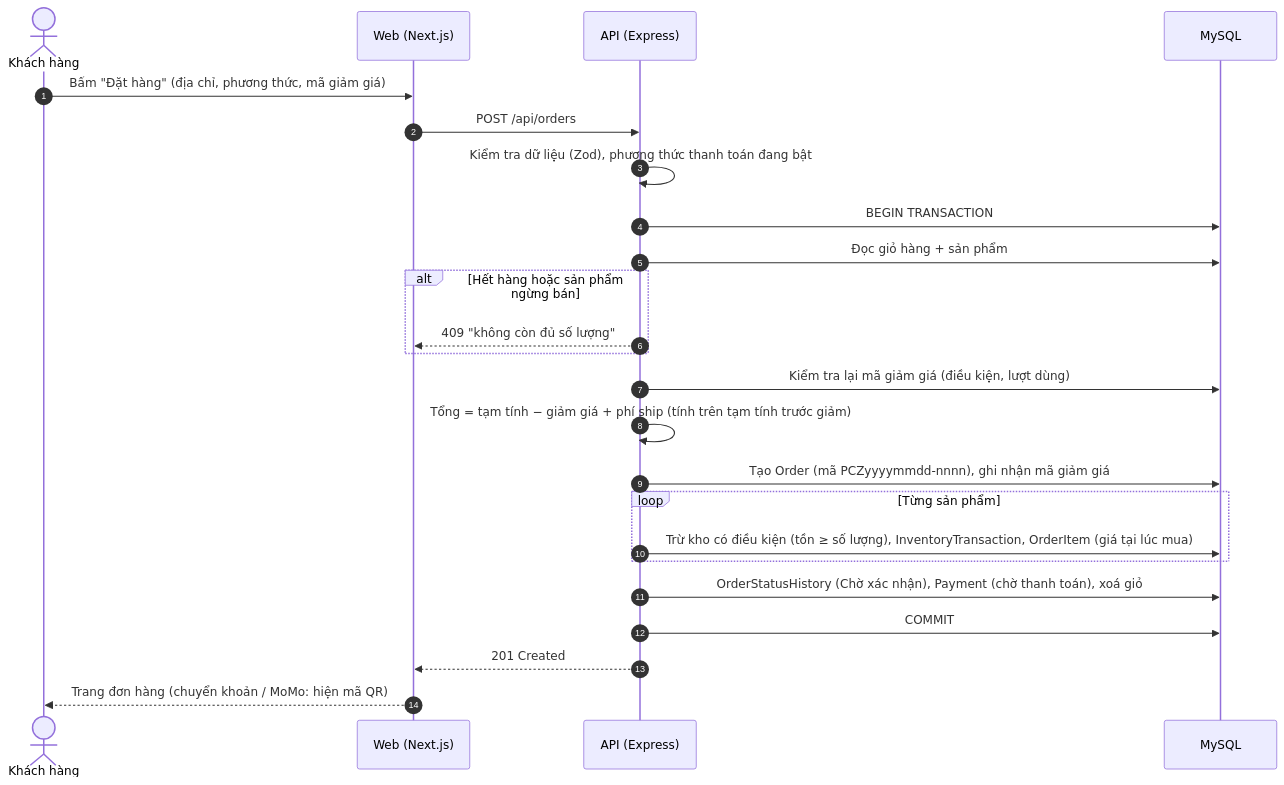
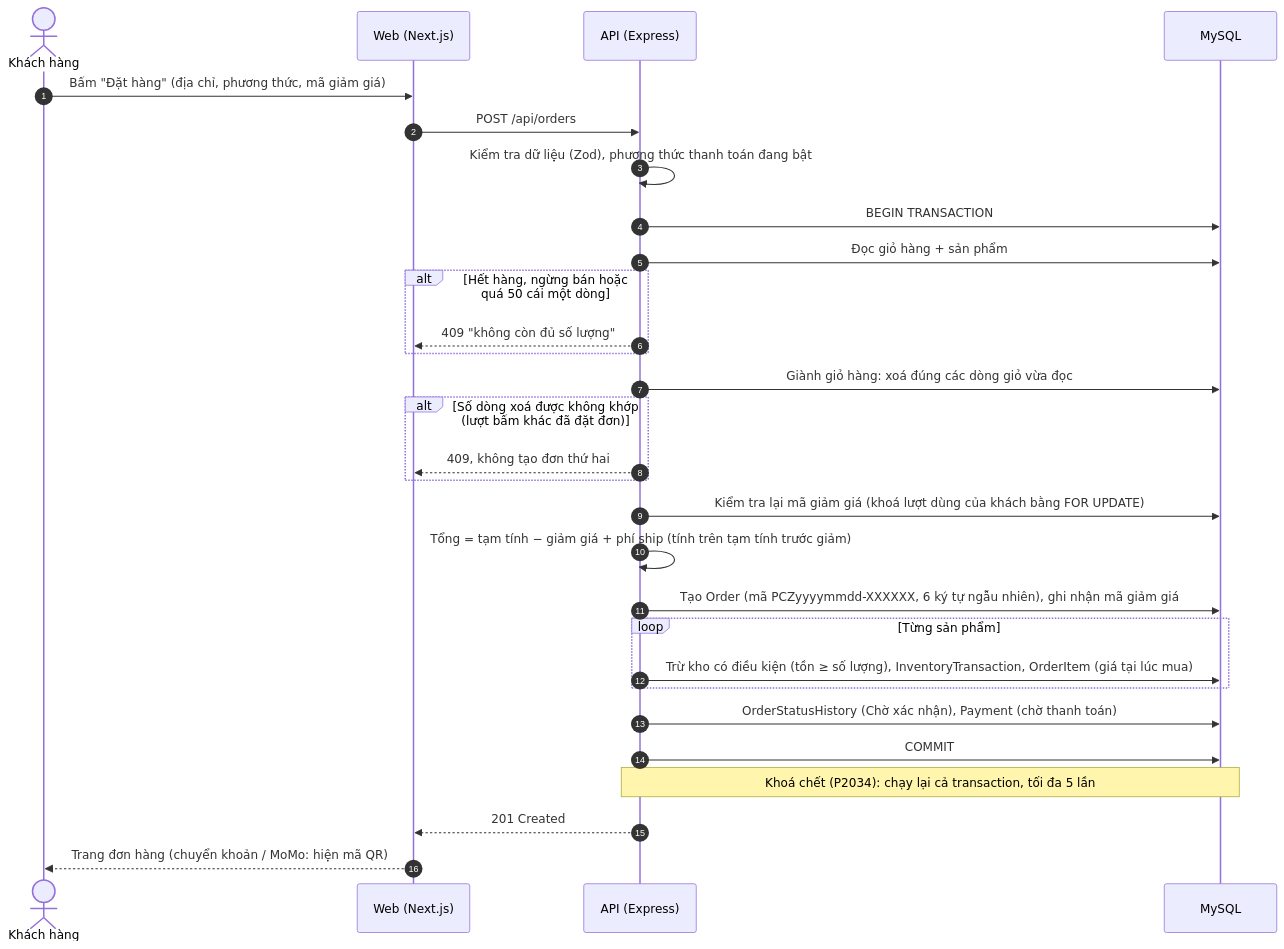
One commit to khanhdat1/Do_An changed the diagram in docs/bao-ve/so-do/tuan-tu-dat-hang.mmd. Above: the diagram before and after it, drawn with Mermaid. The commit also changed 16 other files, not shown here.

```diff
--- a/docs/bao-ve/so-do/tuan-tu-dat-hang.mmd
+++ b/docs/bao-ve/so-do/tuan-tu-dat-hang.mmd
@@ -1,24 +1,29 @@
 sequenceDiagram
   autonumber
   actor KH as Khách hàng
   participant W as Web (Next.js)
   participant A as API (Express)
   participant DB as MySQL
   KH->>W: Bấm "Đặt hàng" (địa chỉ, phương thức, mã giảm giá)
   W->>A: POST /api/orders
   A->>A: Kiểm tra dữ liệu (Zod), phương thức thanh toán đang bật
   A->>DB: BEGIN TRANSACTION
   A->>DB: Đọc giỏ hàng + sản phẩm
-  alt Hết hàng hoặc sản phẩm ngừng bán
+  alt Hết hàng, ngừng bán hoặc quá 50 cái một dòng
     A-->>W: 409 "không còn đủ số lượng"
   end
-  A->>DB: Kiểm tra lại mã giảm giá (điều kiện, lượt dùng)
+  A->>DB: Giành giỏ hàng: xoá đúng các dòng giỏ vừa đọc
+  alt Số dòng xoá được không khớp (lượt bấm khác đã đặt đơn)
+    A-->>W: 409, không tạo đơn thứ hai
+  end
+  A->>DB: Kiểm tra lại mã giảm giá (khoá lượt dùng của khách bằng FOR UPDATE)
   A->>A: Tổng = tạm tính − giảm giá + phí ship (tính trên tạm tính trước giảm)
-  A->>DB: Tạo Order (mã PCZyyyymmdd-nnnn), ghi nhận mã giảm giá
+  A->>DB: Tạo Order (mã PCZyyyymmdd-XXXXXX, 6 ký tự ngẫu nhiên), ghi nhận mã giảm giá
   loop Từng sản phẩm
     A->>DB: Trừ kho có điều kiện (tồn ≥ số lượng), InventoryTransaction, OrderItem (giá tại lúc mua)
   end
-  A->>DB: OrderStatusHistory (Chờ xác nhận), Payment (chờ thanh toán), xoá giỏ
+  A->>DB: OrderStatusHistory (Chờ xác nhận), Payment (chờ thanh toán)
   A->>DB: COMMIT
+  Note over A,DB: Khoá chết (P2034): chạy lại cả transaction, tối đa 5 lần
   A-->>W: 201 Created
   W-->>KH: Trang đơn hàng (chuyển khoản / MoMo: hiện mã QR)
```
